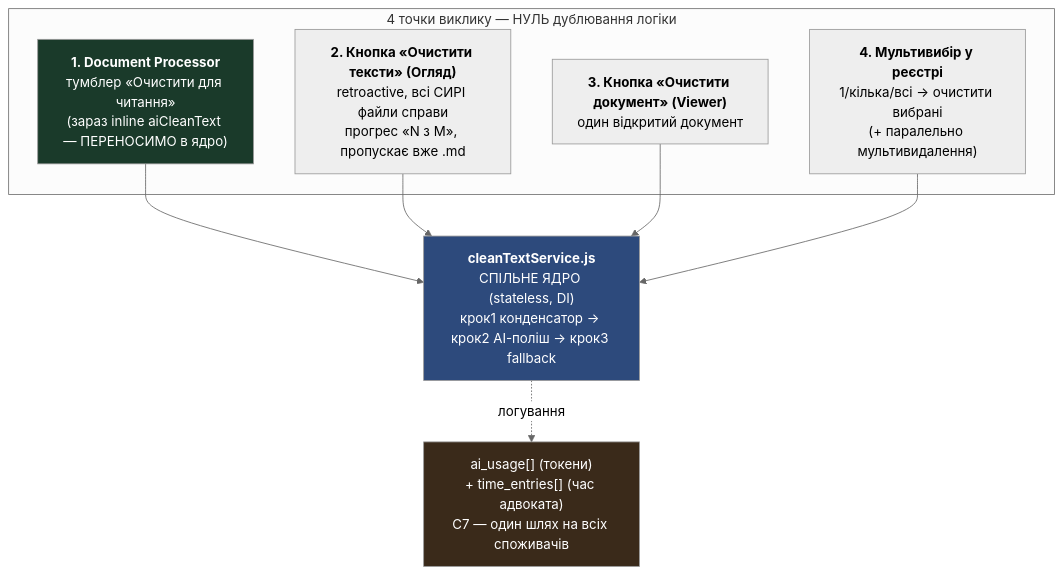
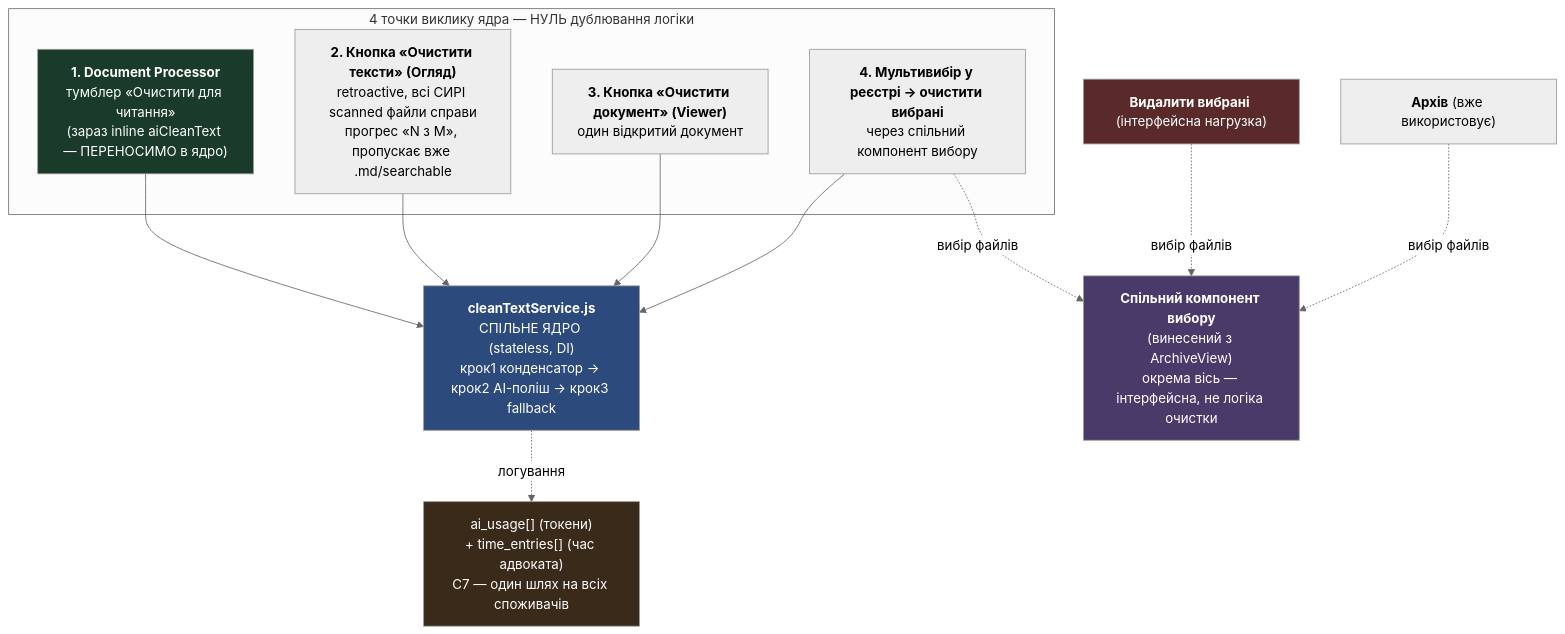
The first of 5 diagrams in docs/mermaid/flow_clean_text.md (vadymlevyt/registry), drawn with Mermaid (neutral theme) before and after one commit. The commit also changed other lines of this file, not shown here.

First line of the commit message:
docs(task3): mermaid — спільний компонент вибору файлів (винос з ArchiveView)

````diff
--- a/docs/mermaid/flow_clean_text.md
+++ b/docs/mermaid/flow_clean_text.md
@@ -50,22 +50,28 @@
 ```mermaid
 graph TD
     Core["<b>cleanTextService.js</b><br/>СПІЛЬНЕ ЯДРО (stateless, DI)<br/>крок1 конденсатор → крок2 AI-поліш → крок3 fallback"]
 
-    subgraph Споживачі["4 точки виклику — НУЛЬ дублювання логіки"]
+    subgraph Споживачі["4 точки виклику ядра — НУЛЬ дублювання логіки"]
         DP["<b>1. Document Processor</b><br/>тумблер «Очистити для читання»<br/>(зараз inline aiCleanText — ПЕРЕНОСИМО в ядро)"]
-        Ogляд["<b>2. Кнопка «Очистити тексти» (Огляд)</b><br/>retroactive, всі СИРІ файли справи<br/>прогрес «N з M», пропускає вже .md"]
+        Ogляд["<b>2. Кнопка «Очистити тексти» (Огляд)</b><br/>retroactive, всі СИРІ scanned файли справи<br/>прогрес «N з M», пропускає вже .md/searchable"]
         Viewer["<b>3. Кнопка «Очистити документ» (Viewer)</b><br/>один відкритий документ"]
-        Реєстр["<b>4. Мультивибір у реєстрі</b><br/>1/кілька/всі → очистити вибрані<br/>(+ паралельно мультивидалення)"]
+        Реєстр["<b>4. Мультивибір у реєстрі → очистити вибрані</b><br/>через спільний компонент вибору"]
     end
 
     DP --> Core
     Ogляд --> Core
     Viewer --> Core
     Реєстр --> Core
 
     Core -.логування.-> Telemetry["ai_usage[] (токени)<br/>+ time_entries[] (час адвоката)<br/>C7 — один шлях на всіх споживачів"]
 
+    Реєстр -.вибір файлів.-> SelShared["<b>Спільний компонент вибору</b><br/>(винесений з ArchiveView)<br/>окрема вісь — інтерфейсна, не логіка очистки"]
+    DelReg["<b>Видалити вибрані</b> (інтерфейсна нагрузка)"] -.вибір файлів.-> SelShared
+    Archive["<b>Архів</b> (вже використовує)"] -.вибір файлів.-> SelShared
+
     style Core fill:#2d4a7c,color:#fff
     style DP fill:#1a3a2a,color:#fff
     style Telemetry fill:#3a2a1a,color:#fff
+    style SelShared fill:#4a3a6a,color:#fff
+    style DelReg fill:#5a2a2a,color:#fff
 ```
````
